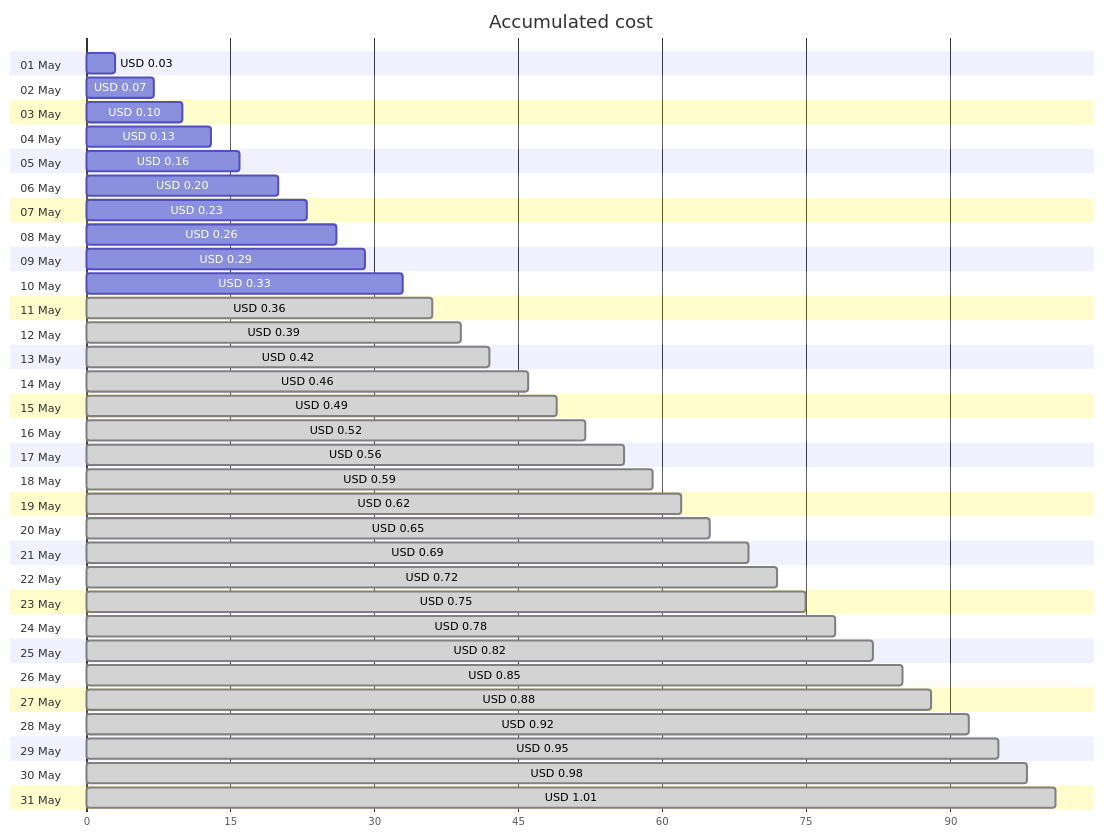
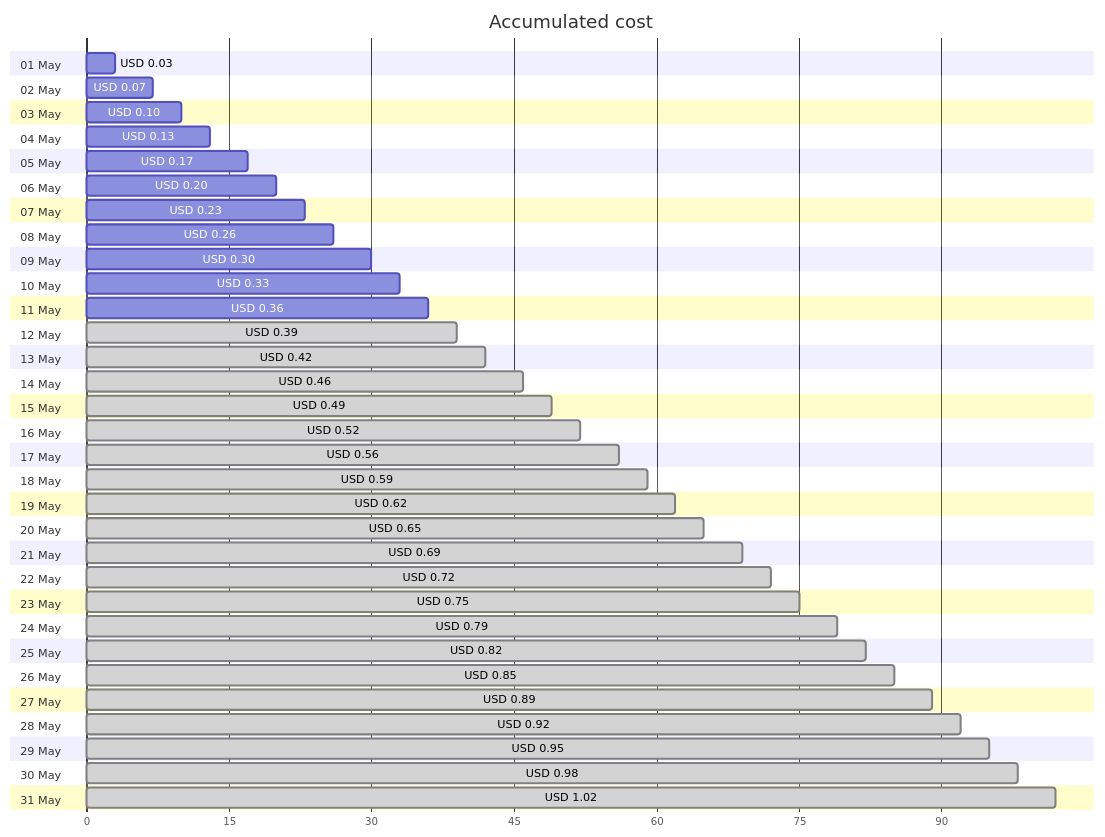
Before and after one commit to jpfulton/azure-personal-reports: the first of 4 diagrams in cost-reports/personal-dns/README.md, drawn with Mermaid. The commit also changed other lines of this file and 2 other files, not shown here.

````diff
--- a/cost-reports/personal-dns/README.md
+++ b/cost-reports/personal-dns/README.md
@@ -20,68 +20,68 @@
 ```mermaid
 gantt
    title Accumulated cost
    dateFormat  X
    axisFormat %s
    section 01 May
    USD 0.03 :0, 3
    section 02 May
    USD 0.07 :0, 7
    section 03 May
    USD 0.10 :0, 10
    section 04 May
    USD 0.13 :0, 13
    section 05 May
-   USD 0.16 :0, 16
+   USD 0.17 :0, 17
    section 06 May
    USD 0.20 :0, 20
    section 07 May
    USD 0.23 :0, 23
    section 08 May
    USD 0.26 :0, 26
    section 09 May
-   USD 0.29 :0, 29
+   USD 0.30 :0, 30
    section 10 May
    USD 0.33 :0, 33
    section 11 May
-   USD 0.36 : done, 0, 36
+   USD 0.36 :0, 36
    section 12 May
    USD 0.39 : done, 0, 39
    section 13 May
    USD 0.42 : done, 0, 42
    section 14 May
    USD 0.46 : done, 0, 46
    section 15 May
    USD 0.49 : done, 0, 49
    section 16 May
    USD 0.52 : done, 0, 52
    section 17 May
    USD 0.56 : done, 0, 56
    section 18 May
    USD 0.59 : done, 0, 59
    section 19 May
    USD 0.62 : done, 0, 62
    section 20 May
    USD 0.65 : done, 0, 65
    section 21 May
    USD 0.69 : done, 0, 69
    section 22 May
    USD 0.72 : done, 0, 72
    section 23 May
    USD 0.75 : done, 0, 75
    section 24 May
-   USD 0.78 : done, 0, 78
+   USD 0.79 : done, 0, 79
    section 25 May
    USD 0.82 : done, 0, 82
    section 26 May
    USD 0.85 : done, 0, 85
    section 27 May
-   USD 0.88 : done, 0, 88
+   USD 0.89 : done, 0, 89
    section 28 May
    USD 0.92 : done, 0, 92
    section 29 May
    USD 0.95 : done, 0, 95
    section 30 May
    USD 0.98 : done, 0, 98
    section 31 May
-   USD 1.01 : done, 0, 101
+   USD 1.02 : done, 0, 102
 ```
````
